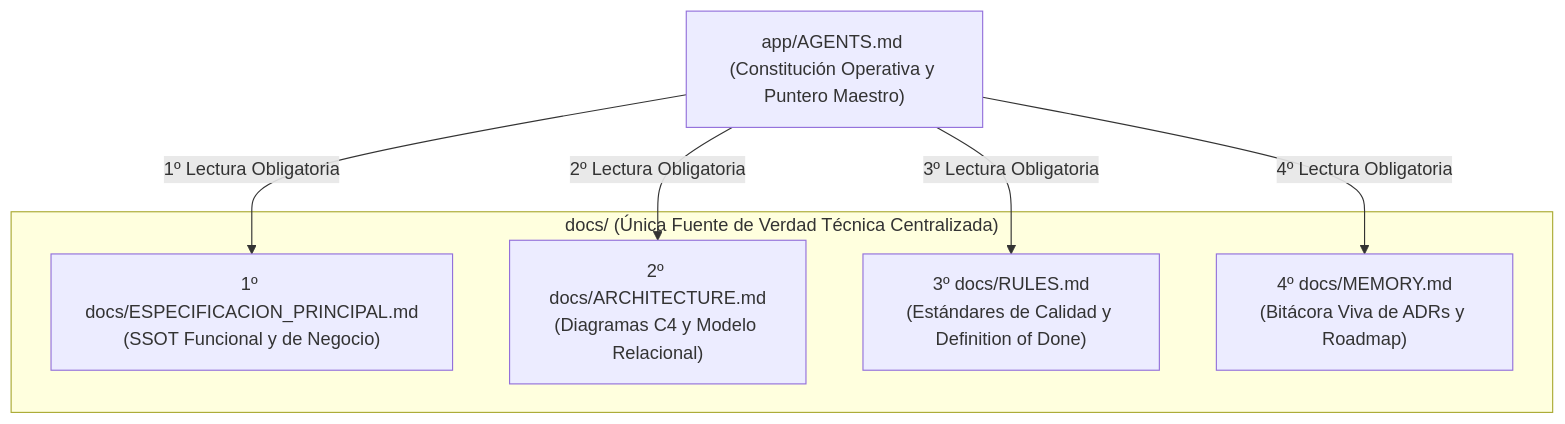
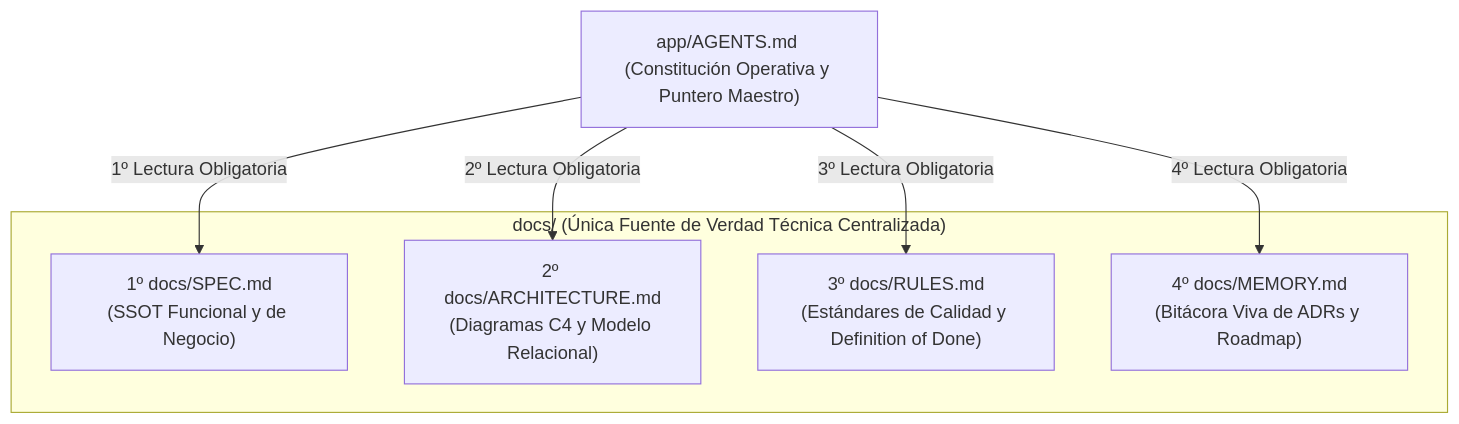
Diagram 11 of 11 in info-docs/GUIA_MAESTRA_SDD_AGENTES_ARNESES.md (producciongespro/Antigravity-sdd), drawn with Mermaid before and after one commit. The commit also changed other lines of this file and 14 other files, not shown here.

````diff
--- a/info-docs/GUIA_MAESTRA_SDD_AGENTES_ARNESES.md
+++ b/info-docs/GUIA_MAESTRA_SDD_AGENTES_ARNESES.md
@@ -393,16 +393,16 @@
 ```mermaid
 flowchart TD
     ROOT_AGENTS["app/AGENTS.md (Constitución Operativa y Puntero Maestro)"]
     
     subgraph DOCS ["docs/ (Única Fuente de Verdad Técnica Centralizada)"]
-        SPEC["1º docs/ESPECIFICACION_PRINCIPAL.md\n(SSOT Funcional y de Negocio)"]
+        SPEC["1º docs/SPEC.md\n(SSOT Funcional y de Negocio)"]
         ARCH["2º docs/ARCHITECTURE.md\n(Diagramas C4 y Modelo Relacional)"]
         RULES["3º docs/RULES.md\n(Estándares de Calidad y Definition of Done)"]
         MEM["4º docs/MEMORY.md\n(Bitácora Viva de ADRs y Roadmap)"]
     end
 
     ROOT_AGENTS -->|1º Lectura Obligatoria| SPEC
     ROOT_AGENTS -->|2º Lectura Obligatoria| ARCH
     ROOT_AGENTS -->|3º Lectura Obligatoria| RULES
     ROOT_AGENTS -->|4º Lectura Obligatoria| MEM
 ```
````
